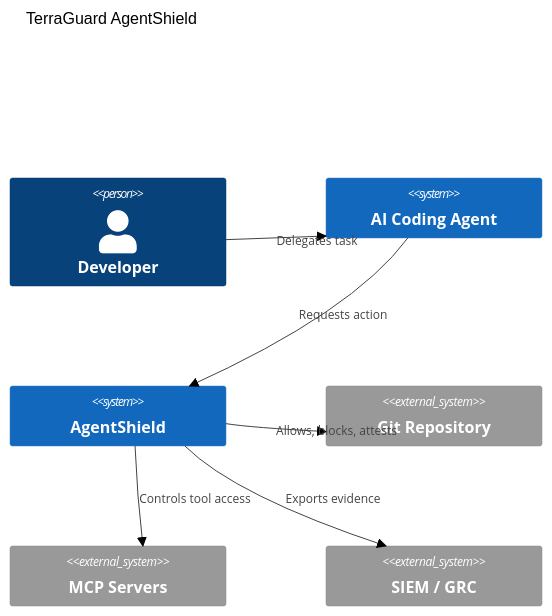
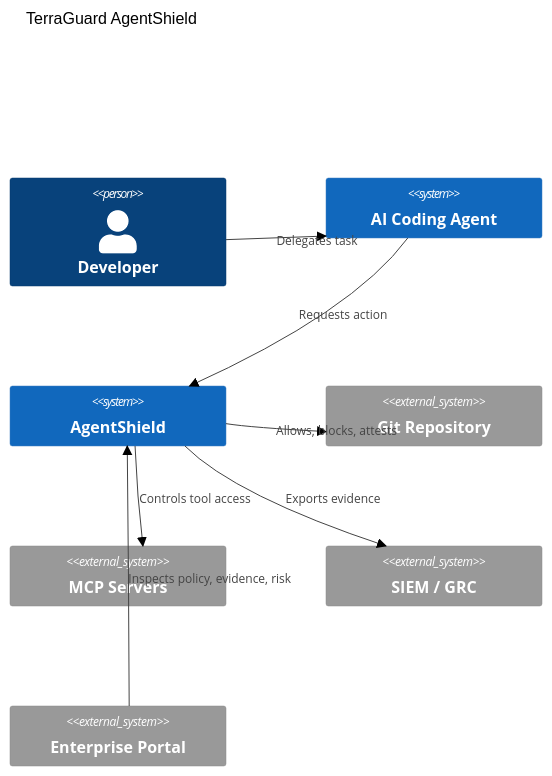
Before and after one commit to Huzefaaa2/terraguard-agentshield: the first of 2 diagrams in docs/wiki/C4-Model.md, drawn with Mermaid (neutral theme). The commit also changed other lines of this file and 17 other files, not shown here.

Commit message:
Add enterprise policy inspection API

````diff
--- a/docs/wiki/C4-Model.md
+++ b/docs/wiki/C4-Model.md
@@ -7,15 +7,17 @@
 ```mermaid
 C4Context
     title TerraGuard AgentShield
     Person(dev, "Developer")
     System(agent, "AI Coding Agent")
     System(ags, "AgentShield")
     System_Ext(repo, "Git Repository")
     System_Ext(mcp, "MCP Servers")
     System_Ext(siem, "SIEM / GRC")
+    System_Ext(portal, "Enterprise Portal")
     Rel(dev, agent, "Delegates task")
     Rel(agent, ags, "Requests action")
     Rel(ags, repo, "Allows, blocks, attests")
     Rel(ags, mcp, "Controls tool access")
     Rel(ags, siem, "Exports evidence")
+    Rel(portal, ags, "Inspects policy, evidence, risk")
 ```
````
